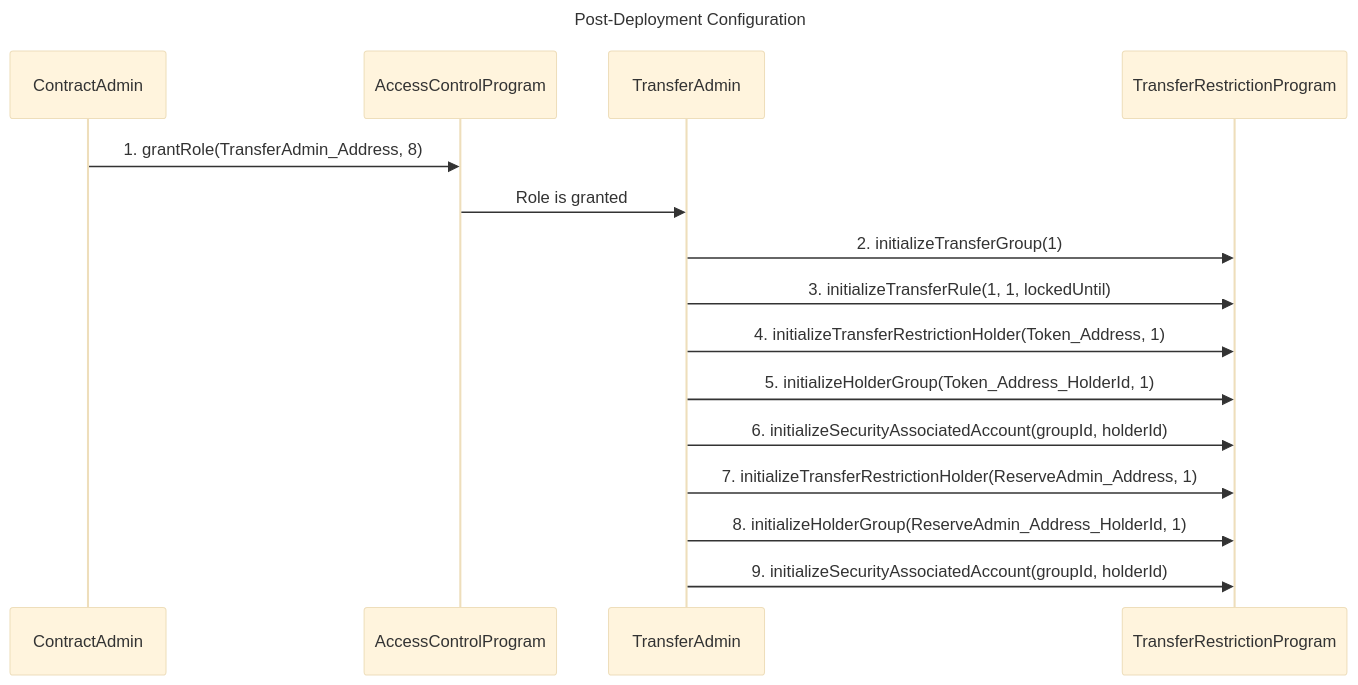
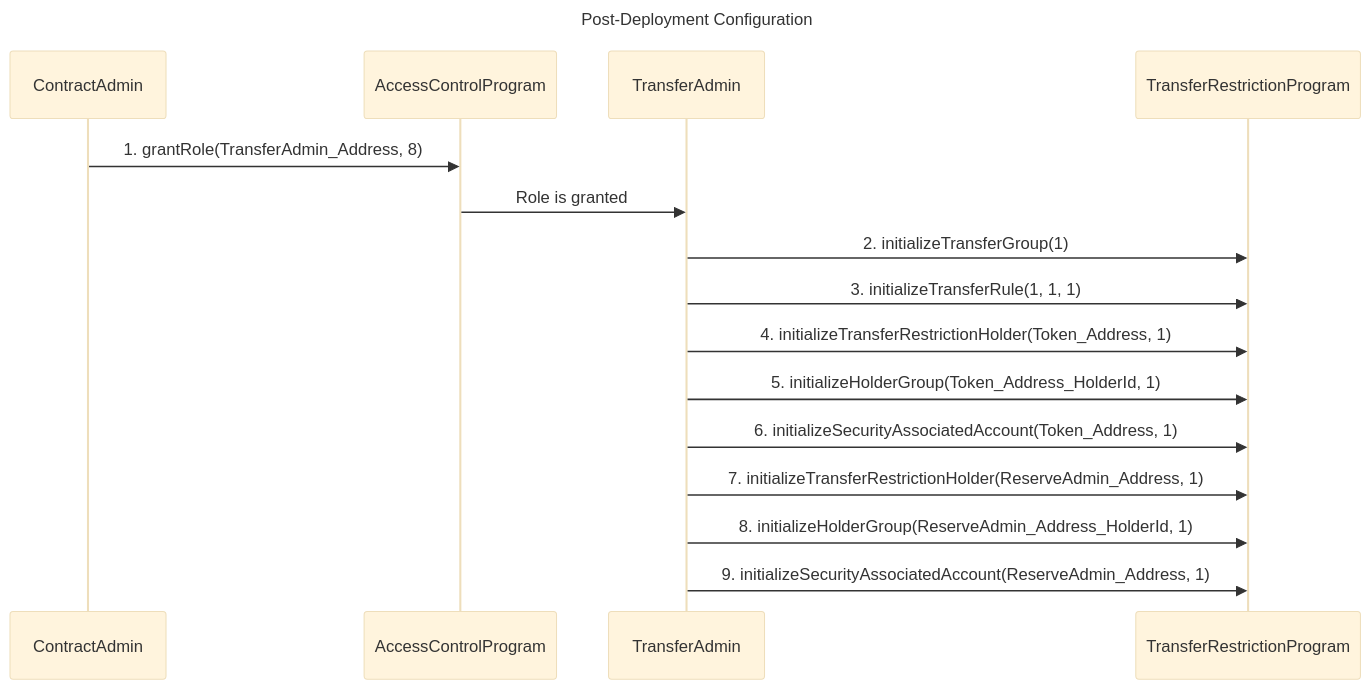
The fifth of 7 diagrams in README.md (upsideos/upsideos-solana-rwa), drawn with Mermaid (base theme) before and after one commit. The commit also changed other lines of this file, not shown here.

````diff
--- a/README.md
+++ b/README.md
@@ -992,14 +992,14 @@
 ```mermaid
 sequenceDiagram
 Title: Post-Deployment Configuration
   ContractAdmin->>AccessControlProgram: 1. grantRole(TransferAdmin_Address, 8)
   AccessControlProgram->>TransferAdmin: Role is granted
   TransferAdmin->>TransferRestrictionProgram: 2. initializeTransferGroup(1)
-  TransferAdmin->>TransferRestrictionProgram: 3. initializeTransferRule(1, 1, lockedUntil)
+  TransferAdmin->>TransferRestrictionProgram: 3. initializeTransferRule(1, 1, 1)
   TransferAdmin->>TransferRestrictionProgram: 4. initializeTransferRestrictionHolder(Token_Address, 1)
   TransferAdmin->>TransferRestrictionProgram: 5. initializeHolderGroup(Token_Address_HolderId, 1)
-  TransferAdmin->>TransferRestrictionProgram: 6. initializeSecurityAssociatedAccount(groupId, holderId)
+  TransferAdmin->>TransferRestrictionProgram: 6. initializeSecurityAssociatedAccount(Token_Address, 1)
   TransferAdmin->>TransferRestrictionProgram: 7. initializeTransferRestrictionHolder(ReserveAdmin_Address, 1)
   TransferAdmin->>TransferRestrictionProgram: 8. initializeHolderGroup(ReserveAdmin_Address_HolderId, 1)
-  TransferAdmin->>TransferRestrictionProgram: 9. initializeSecurityAssociatedAccount(groupId, holderId)
+  TransferAdmin->>TransferRestrictionProgram: 9. initializeSecurityAssociatedAccount(ReserveAdmin_Address, 1)
 ```
````
